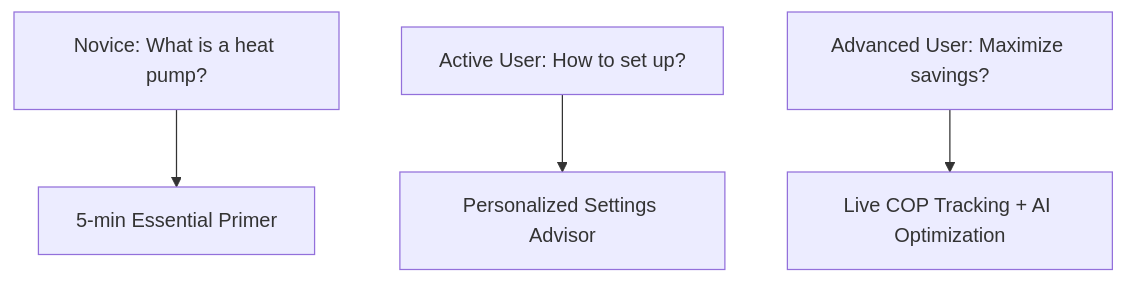
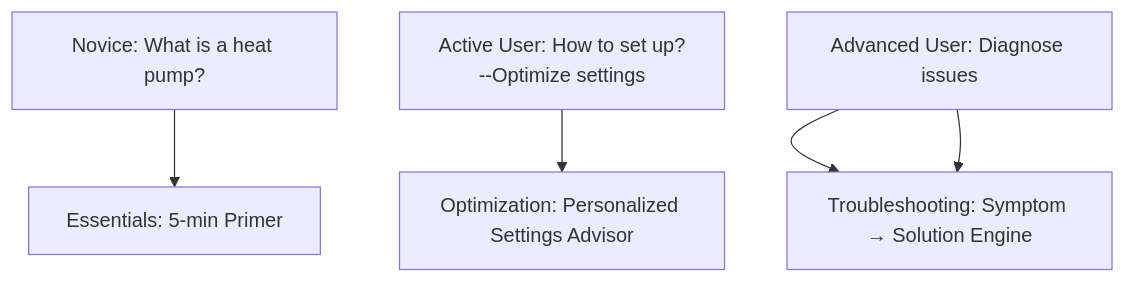
One commit to shandy-del/heatpump-go changed the second of 2 diagrams in WeeklyNotes/week01.md. Above: the diagram before and after it, drawn with Mermaid.

Commit message:
revise User Journey Architecture

````diff
--- a/WeeklyNotes/week01.md
+++ b/WeeklyNotes/week01.md
@@ -67,6 +67,7 @@
 ```mermaid 
 flowchart TD
-A1["Novice: What is a heat pump?"] --> A2["5-min Essential Primer"] 
-B1["Active User: How to set up?"] --> B2["Personalized Settings Advisor"] 
-C1["Advanced User: Maximize savings?"] --> C2["Live COP Tracking + AI Optimization"]
+A1["Novice: What is a heat pump?"] --> A2["Essentials: 5-min Primer"] 
+B1["Active User: How to set up?--Optimize settings"] --> B2["Optimization: Personalized Settings Advisor"] 
+C1["Advanced User: Maximize savings"] --> C2["Efficiency: COP Tracking + Optimization advice"]
+C1["Advanced User: Diagnose issues"] --> C2["Troubleshooting: Symptom → Solution Engine"]
 ```
````
